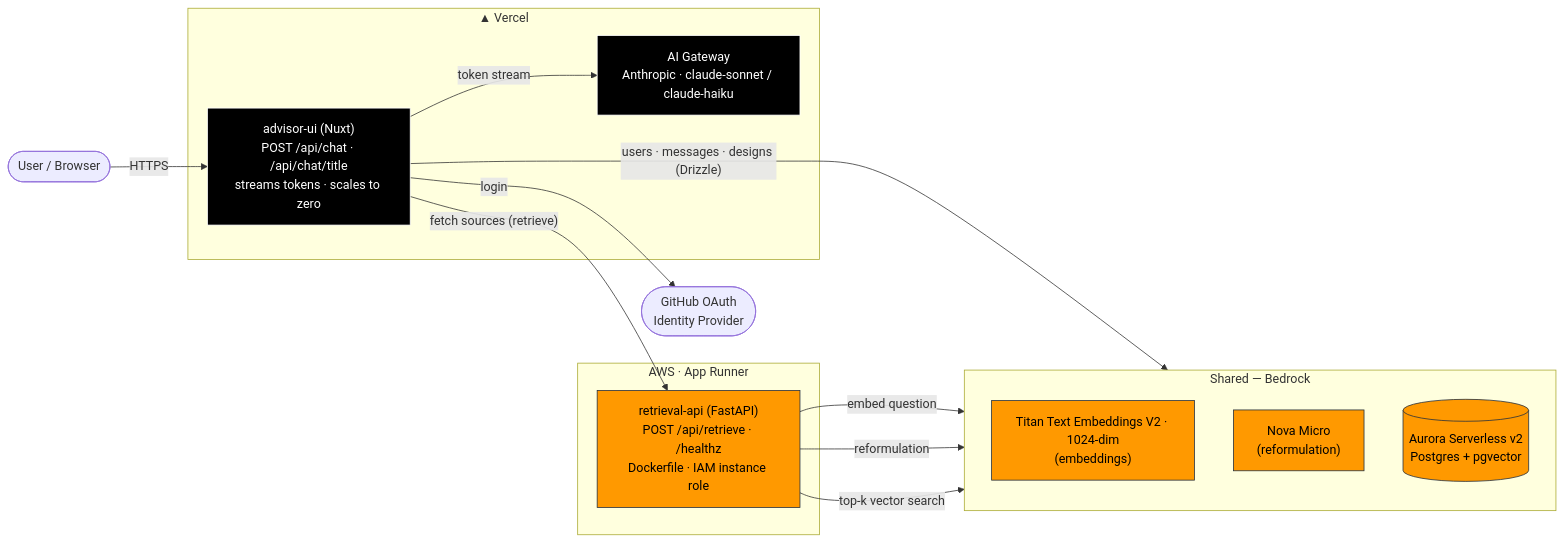
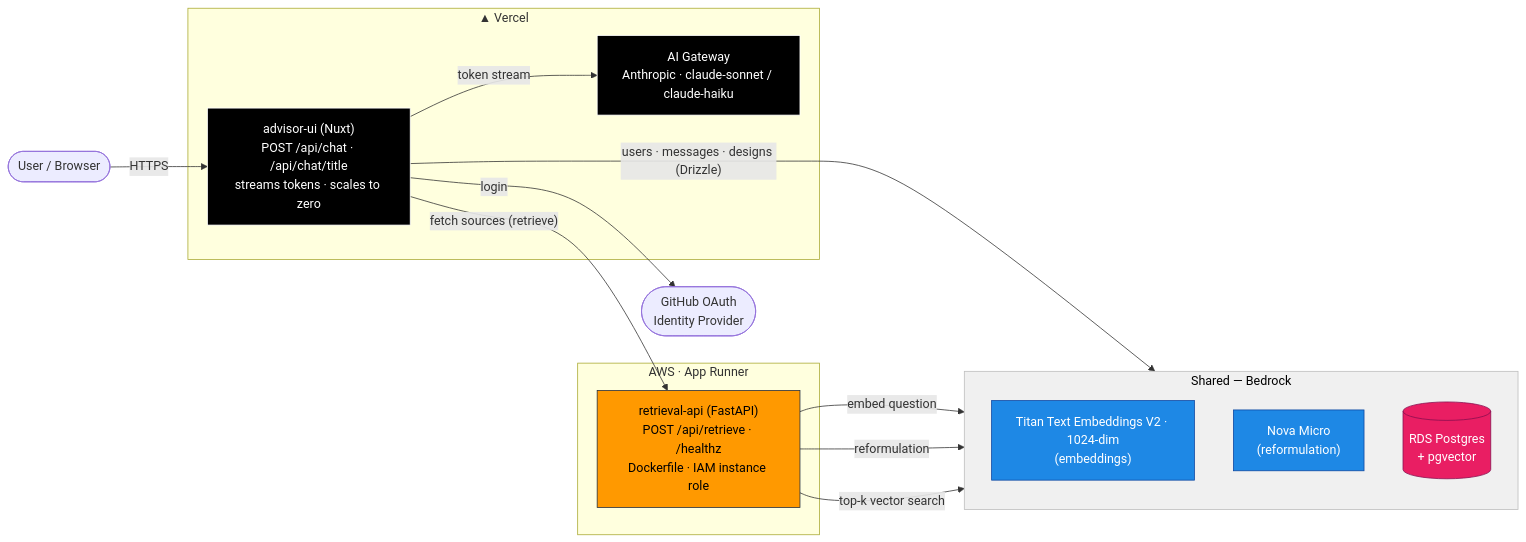
The second of 2 diagrams in docs/diagrams/deployment-aws-vercel.md (julie-ng/aks-architect-ai), drawn with Mermaid before and after one commit. The commit also changed other lines of this file, not shown here.

Commit message:
docs(diagrams): update aws solution architecture

````diff
--- a/docs/diagrams/deployment-aws-vercel.md
+++ b/docs/diagrams/deployment-aws-vercel.md
@@ -46,35 +48,40 @@
 ```mermaid
 flowchart LR
   user([User / Browser])
   gh([GitHub OAuth<br/>Identity Provider])
 
   subgraph vercel["▲ Vercel"]
     ui["advisor-ui (Nuxt)<br/>POST /api/chat · /api/chat/title<br/>streams tokens · scales to zero"]
     gateway["AI Gateway<br/>Anthropic · claude-sonnet / claude-haiku"]
   end
 
   subgraph aws["AWS · App Runner"]
     retrieval["retrieval-api (FastAPI)<br/>POST /api/retrieve · /healthz<br/>Dockerfile · IAM instance role"]
   end
 
   subgraph shared["Shared — Bedrock"]
     direction TB
     bedrock["Titan Text Embeddings V2 · 1024-dim<br/>(embeddings)"]
     nova["Nova Micro<br/>(reformulation)"]
-    db[("Aurora Serverless v2<br/>Postgres + pgvector")]
+    db[("RDS Postgres<br/>+ pgvector")]
   end
 
   user -->|HTTPS| ui
   ui -->|login| gh
   ui -->|"token stream"| gateway
   ui -->|"fetch sources (retrieve)"| retrieval
   ui -->|"users · messages · designs (Drizzle)"| db
   retrieval -->|"embed question"| bedrock
   retrieval -->|reformulation| nova
   retrieval -->|"top-k vector search"| db
 
   classDef vercelBox fill:#000,color:#fff,stroke:#fff;
   classDef awsBox fill:#ff9900,color:#000,stroke:#232f3e;
+  classDef storageBox fill:#e91e63,color:#fff,stroke:#880e4f;
+  classDef aiBox fill:#1e88e5,color:#fff,stroke:#0d47a1;
   class ui,gateway vercelBox;
-  class retrieval,bedrock,nova,db awsBox;
+  class retrieval awsBox;
+  class db storageBox;
+  class bedrock,nova aiBox;
+  style shared fill:#f0f0f0,stroke:#bdbdbd,color:#000;
 ```
````
